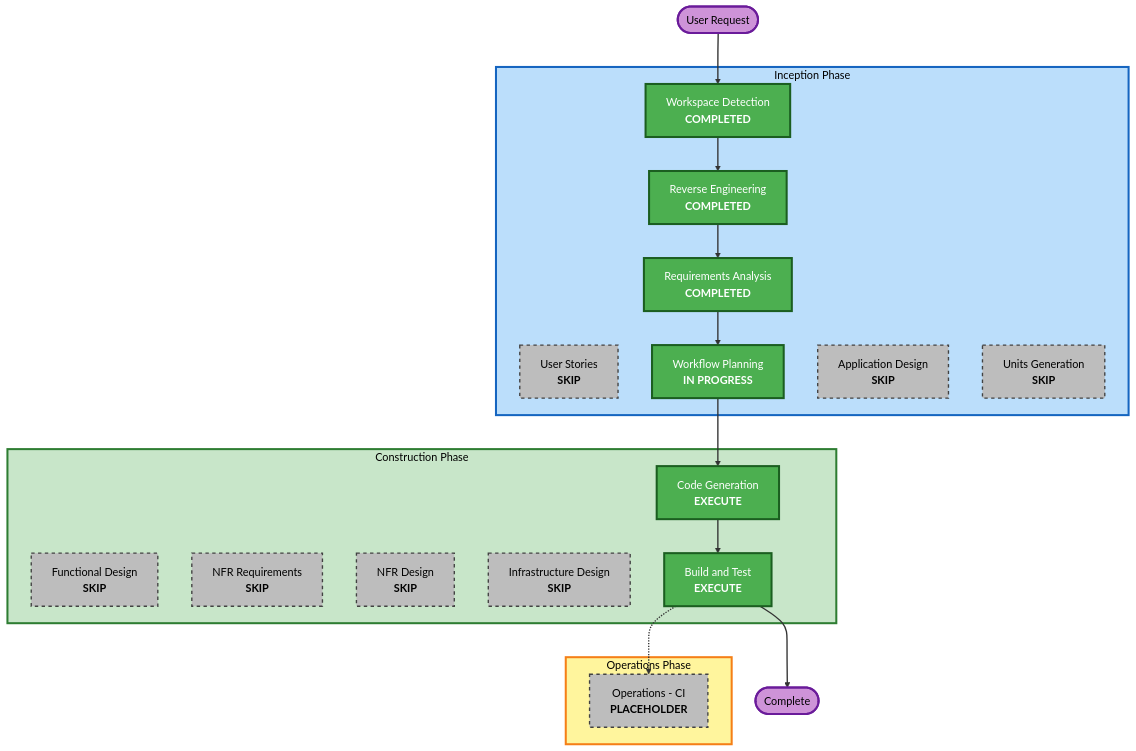
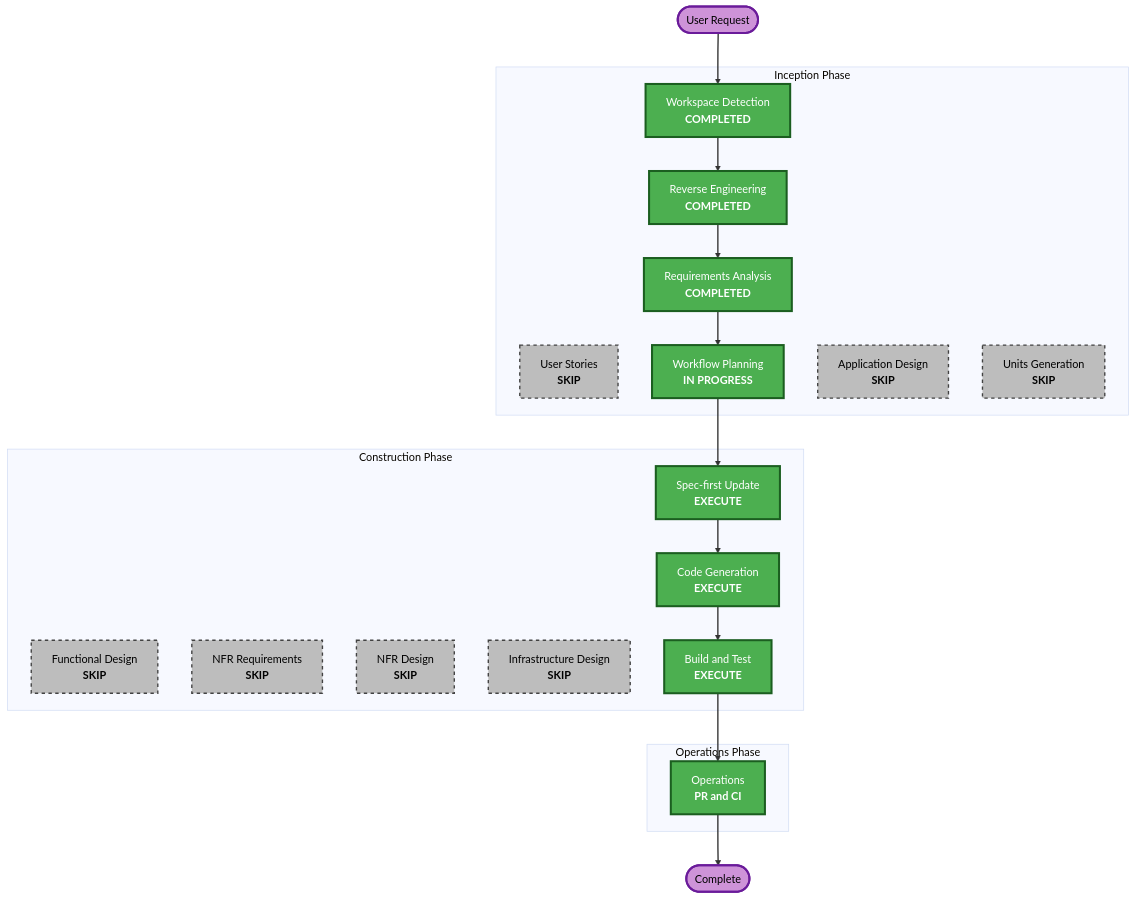
One commit to CHS-Training-Org/ai_training_for_chuo_system changed the second of 2 diagrams in Docs/spec/aidlc-docs/inception/plans/execution-plan.md. Above: the diagram before and after it, drawn with Mermaid (base theme). The commit also changed other lines of this file and 7 other files, not shown here.

````diff
--- a/Docs/spec/aidlc-docs/inception/plans/execution-plan.md
+++ b/Docs/spec/aidlc-docs/inception/plans/execution-plan.md
@@ -37,58 +66,58 @@
 ```mermaid
 flowchart TD
     Start(["User Request"])
 
     subgraph INCEPTION["Inception Phase"]
         WD["Workspace Detection<br/><b>COMPLETED</b>"]
         RE["Reverse Engineering<br/><b>COMPLETED</b>"]
         RA["Requirements Analysis<br/><b>COMPLETED</b>"]
         US["User Stories<br/><b>SKIP</b>"]
         WP["Workflow Planning<br/><b>IN PROGRESS</b>"]
         AD["Application Design<br/><b>SKIP</b>"]
         UG["Units Generation<br/><b>SKIP</b>"]
     end
 
     subgraph CONSTRUCTION["Construction Phase"]
         FD["Functional Design<br/><b>SKIP</b>"]
         NFRA["NFR Requirements<br/><b>SKIP</b>"]
         NFRD["NFR Design<br/><b>SKIP</b>"]
         ID["Infrastructure Design<br/><b>SKIP</b>"]
+        SP["Spec-first Update<br/><b>EXECUTE</b>"]
         CG["Code Generation<br/><b>EXECUTE</b>"]
         BT["Build and Test<br/><b>EXECUTE</b>"]
     end
 
     subgraph OPERATIONS["Operations Phase"]
-        OPS["Operations - CI<br/><b>PLACEHOLDER</b>"]
+        OPS["Operations<br/><b>PR and CI</b>"]
     end
 
     Start --> WD
     WD --> RE
     RE --> RA
     RA --> WP
-    WP --> CG
+    WP --> SP
+    SP --> CG
     CG --> BT
-    BT -.-> OPS
-    BT --> End(["Complete"])
+    BT --> OPS
+    OPS --> End(["Complete"])
 
     style WD fill:#4CAF50,stroke:#1B5E20,stroke-width:3px,color:#fff
     style RE fill:#4CAF50,stroke:#1B5E20,stroke-width:3px,color:#fff
     style RA fill:#4CAF50,stroke:#1B5E20,stroke-width:3px,color:#fff
     style WP fill:#4CAF50,stroke:#1B5E20,stroke-width:3px,color:#fff
+    style SP fill:#4CAF50,stroke:#1B5E20,stroke-width:3px,color:#fff
     style CG fill:#4CAF50,stroke:#1B5E20,stroke-width:3px,color:#fff
     style BT fill:#4CAF50,stroke:#1B5E20,stroke-width:3px,color:#fff
+    style OPS fill:#4CAF50,stroke:#1B5E20,stroke-width:3px,color:#fff
     style US fill:#BDBDBD,stroke:#424242,stroke-width:2px,stroke-dasharray: 5 5,color:#000
     style AD fill:#BDBDBD,stroke:#424242,stroke-width:2px,stroke-dasharray: 5 5,color:#000
     style UG fill:#BDBDBD,stroke:#424242,stroke-width:2px,stroke-dasharray: 5 5,color:#000
     style FD fill:#BDBDBD,stroke:#424242,stroke-width:2px,stroke-dasharray: 5 5,color:#000
     style NFRA fill:#BDBDBD,stroke:#424242,stroke-width:2px,stroke-dasharray: 5 5,color:#000
     style NFRD fill:#BDBDBD,stroke:#424242,stroke-width:2px,stroke-dasharray: 5 5,color:#000
     style ID fill:#BDBDBD,stroke:#424242,stroke-width:2px,stroke-dasharray: 5 5,color:#000
-    style OPS fill:#BDBDBD,stroke:#424242,stroke-width:2px,stroke-dasharray: 5 5,color:#000
-    style INCEPTION fill:#BBDEFB,stroke:#1565C0,stroke-width:3px,color:#000
-    style CONSTRUCTION fill:#C8E6C9,stroke:#2E7D32,stroke-width:3px,color:#000
-    style OPERATIONS fill:#FFF59D,stroke:#F57F17,stroke-width:3px,color:#000
     style Start fill:#CE93D8,stroke:#6A1B9A,stroke-width:3px,color:#000
     style End fill:#CE93D8,stroke:#6A1B9A,stroke-width:3px,color:#000
 
     linkStyle default stroke:#333,stroke-width:2px
 ```
````
